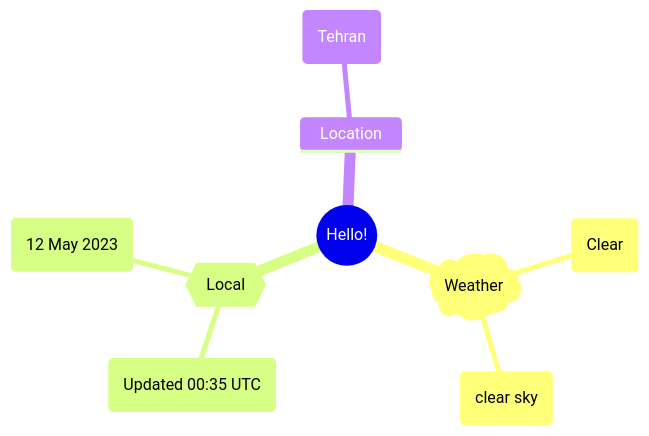
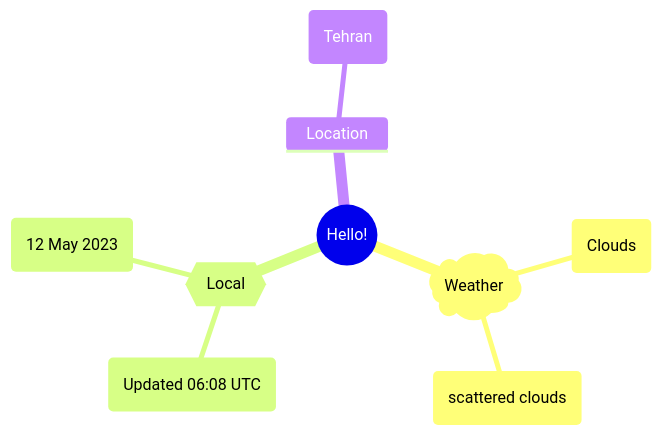
The first of 2 diagrams in README.md (Xosrov/Xosrov), drawn with Mermaid before and after one commit.

Commit message:
[bot] updated images

````diff
--- a/README.md
+++ b/README.md
@@ -3,12 +3,12 @@
 ```mermaid
 mindmap
   root((Hello!))
     )Weather(
-        (Clear)
-        (clear sky)
+        (Clouds)
+        (scattered clouds)
     {{Local}}
-        (Updated 00:35 UTC)
+        (Updated 06:08 UTC)
         (12 May 2023)
     Location
         (Tehran)
 ```
````
